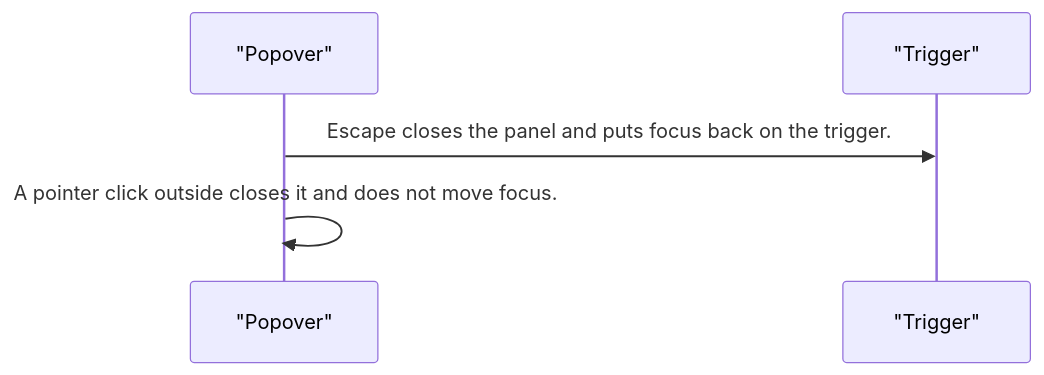
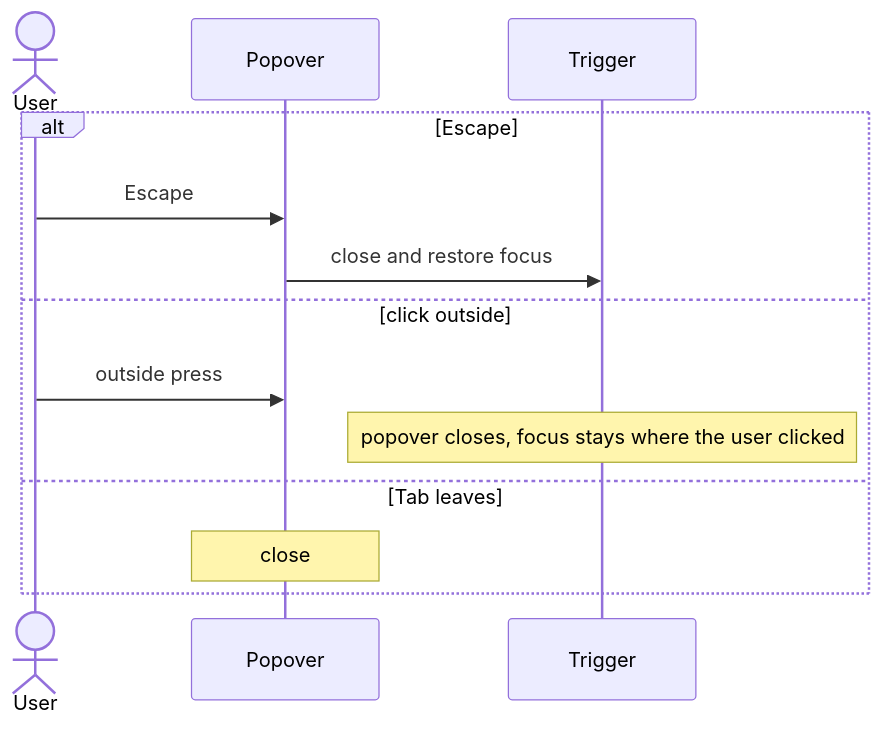
The third of 4 diagrams in projects/pixel-ui/src/lib/pixel-popover/DESIGN.md (RajshekharBorate/pixel-ui), drawn with Mermaid before and after one commit. The commit also changed other lines of this file and 73 other files, not shown here.

Commit message:
Explain who owns each value and what each flow does in every component and service design.

````diff
--- a/projects/pixel-ui/src/lib/pixel-popover/DESIGN.md
+++ b/projects/pixel-ui/src/lib/pixel-popover/DESIGN.md
@@ -63,7 +78,15 @@
 ```mermaid
 sequenceDiagram
-  participant panel as "Popover"
-  participant trigger as "Trigger"
-  panel->>trigger: Escape closes the panel and puts focus back on the trigger.
-  panel->>panel: A pointer click outside closes it and does not move focus.
+  actor User
+  participant Pop as Popover
+  participant Trigger
+  alt Escape
+    User->>Pop: Escape
+    Pop->>Trigger: close and restore focus
+  else click outside
+    User->>Pop: outside press
+    Note over Trigger: popover closes, focus stays where the user clicked
+  else Tab leaves
+    Note over Pop: close
+  end
 ```
````
